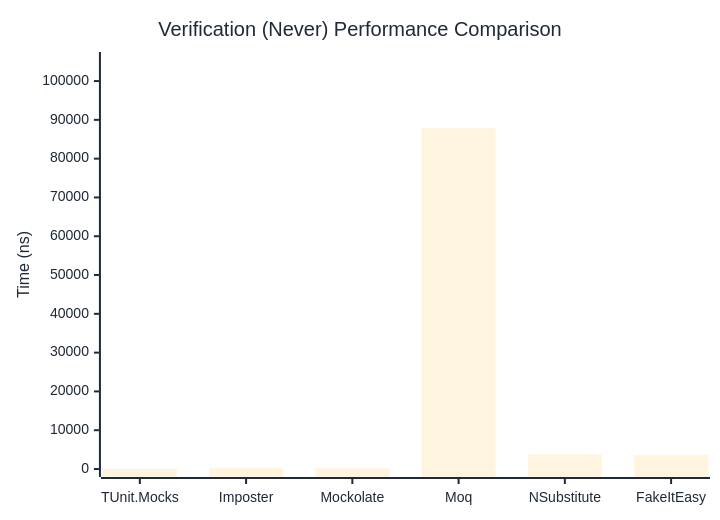
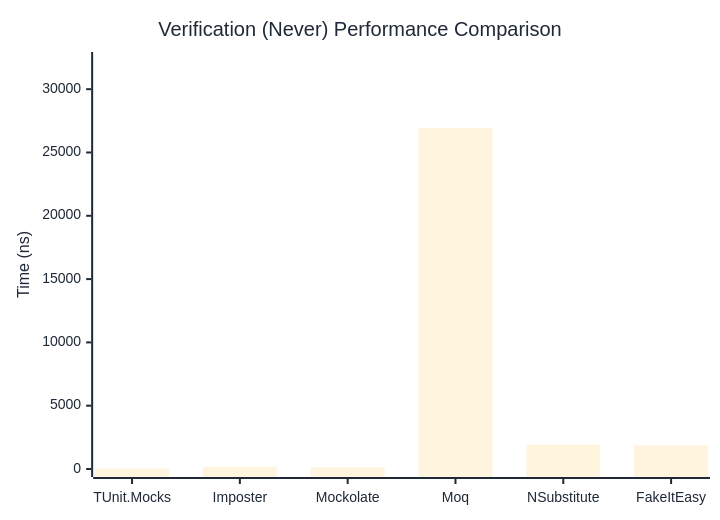
The second of 3 diagrams in docs/docs/benchmarks/mocks/Verification.md (thomhurst/TUnit), drawn with Mermaid before and after one commit. The commit also changed other lines of this file and 14 other files, not shown here.

````diff
--- a/docs/docs/benchmarks/mocks/Verification.md
+++ b/docs/docs/benchmarks/mocks/Verification.md
@@ -71,27 +71,27 @@
 ```mermaid
 %%{init: {
   'theme':'base',
   'themeVariables': {
     'primaryColor': '#2563eb',
     'primaryTextColor': '#1f2937',
     'primaryBorderColor': '#1e40af',
     'lineColor': '#6b7280',
     'secondaryColor': '#7c3aed',
     'tertiaryColor': '#dc2626',
     'background': '#ffffff',
     'pie1': '#2563eb',
     'pie2': '#7c3aed',
     'pie3': '#dc2626',
     'pie4': '#f59e0b',
     'pie5': '#10b981',
     'pie6': '#06b6d4',
     'pie7': '#ec4899',
     'pie8': '#6366f1'
   }
 }}%%
 xychart-beta
   title "Verification (Never) Performance Comparison"
   x-axis ["TUnit.Mocks", "Imposter", "Mockolate", "Moq", "NSubstitute", "FakeItEasy"]
-  y-axis "Time (ns)" 0 --> 105431
-  bar [50.08, 327.54, 229.82, 87859.01, 3738.77, 3539.39]
+  y-axis "Time (ns)" 0 --> 32305
+  bar [32.68, 173.57, 136.28, 26920.63, 1923.76, 1874.41]
 ```
````
